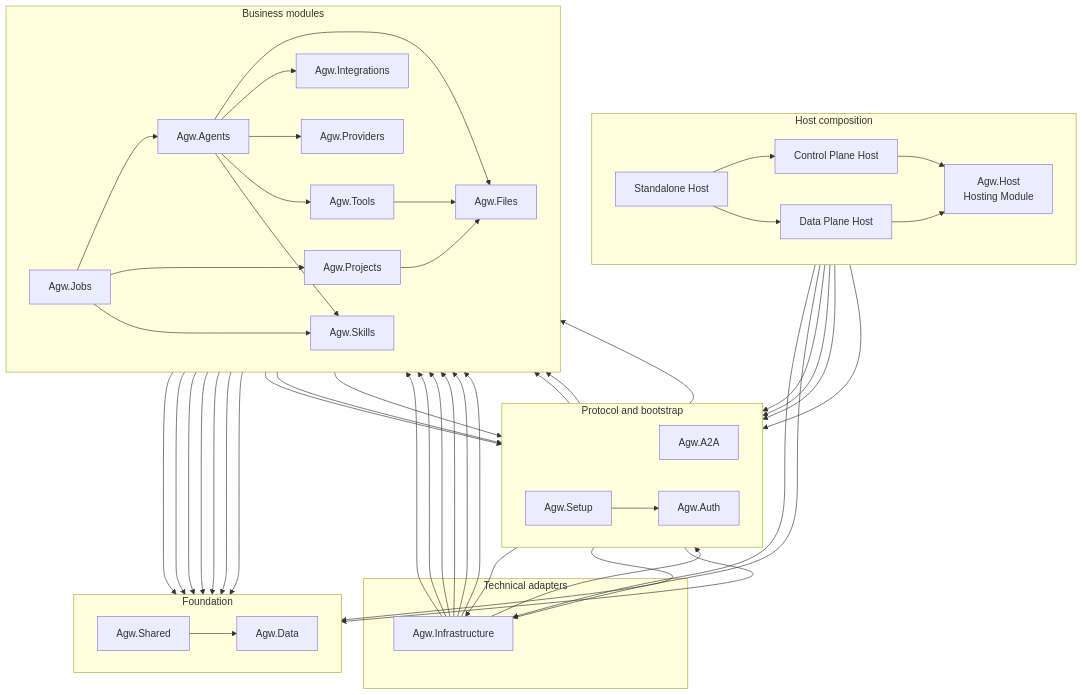
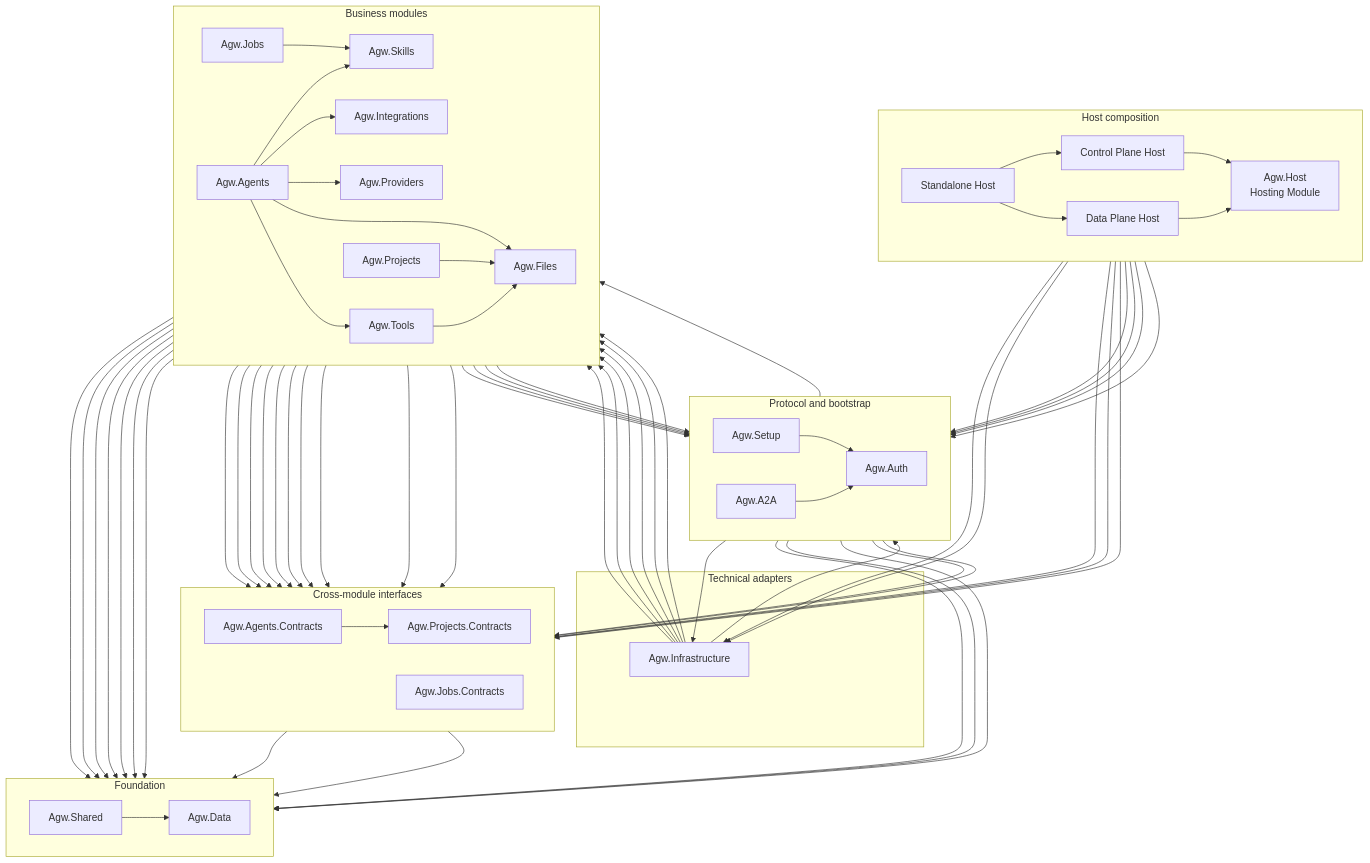
The diagram in docs/2.Architecture.md (zxyao145/agw), drawn with Mermaid before and after one commit. The commit also changed other lines of this file and 111 other files, not shown here.

First line of the commit message:
refactor(architecture): decouple modules with contract facades

```diff
--- a/docs/2.Architecture.md
+++ b/docs/2.Architecture.md
@@ -82,6 +85,13 @@
         FILES["Agw.Files"]
     end
 
+    subgraph Interfaces["Cross-module interfaces"]
+        direction LR
+        AGENT_CONTRACTS["Agw.Agents.Contracts"]
+        PROJECT_CONTRACTS["Agw.Projects.Contracts"]
+        JOB_CONTRACTS["Agw.Jobs.Contracts"]
+    end
+
     subgraph Foundation["Foundation"]
         direction LR
         SHARED["Agw.Shared"]
@@ -92,6 +102,9 @@
     DATAPLANE --> HOST
     STANDALONE --> CONTROL
     STANDALONE --> DATAPLANE
+    HOST --> AGENT_CONTRACTS
+    HOST --> PROJECT_CONTRACTS
+    HOST --> JOB_CONTRACTS
     CONTROL --> AUTH
     CONTROL --> INFRA
     CONTROL --> SETUP
@@ -104,8 +117,10 @@
     SETUP --> SHARED
     SETUP --> SKILLS
 
-    A2A --> AGENTS
-    A2A --> PROJECTS
+    A2A --> AGENT_CONTRACTS
+    A2A --> PROJECT_CONTRACTS
+    A2A --> AUTH
+    A2A --> SHARED
 
     INFRA --> AGENTS
     INFRA --> AUTH
@@ -115,20 +130,27 @@
     INFRA --> SKILLS
     INFRA --> JOBS
 
+    SKILLS --> AGENT_CONTRACTS
     SKILLS --> SHARED
-    JOBS --> AGENTS
-    JOBS --> PROJECTS
+    JOBS --> AGENT_CONTRACTS
+    JOBS --> PROJECT_CONTRACTS
+    JOBS --> JOB_CONTRACTS
+    JOBS --> AUTH
     JOBS --> SHARED
     JOBS --> SKILLS
 
     AGENTS --> AUTH
+    AGENTS --> AGENT_CONTRACTS
     AGENTS --> FILES
     AGENTS --> INTEGRATIONS
     AGENTS --> PROVIDERS
     AGENTS --> TOOLS
     AGENTS --> SHARED
     AGENTS --> SKILLS
+    AGENTS --> PROJECT_CONTRACTS
 
+    PROJECTS --> AGENT_CONTRACTS
+    PROJECTS --> PROJECT_CONTRACTS
     PROJECTS --> FILES
     PROJECTS --> AUTH
     PROJECTS --> SHARED
@@ -137,8 +159,14 @@
     TOOLS --> SHARED
 
     AUTH --> SHARED
+    INTEGRATIONS --> PROJECT_CONTRACTS
     INTEGRATIONS --> SHARED
+    PROVIDERS --> AGENT_CONTRACTS
     PROVIDERS --> SHARED
+
+    AGENT_CONTRACTS --> PROJECT_CONTRACTS
+    AGENT_CONTRACTS --> SHARED
+    PROJECT_CONTRACTS --> SHARED
 
     %% Layout only: keep the foundation below the business modules.
     FILES ~~~ SHARED
```
